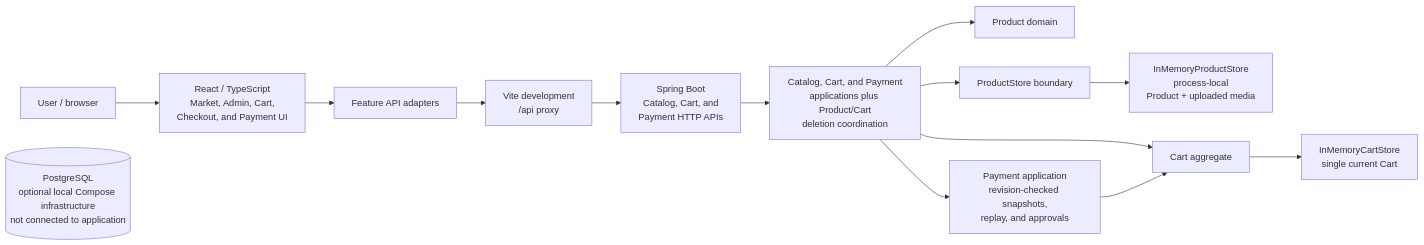
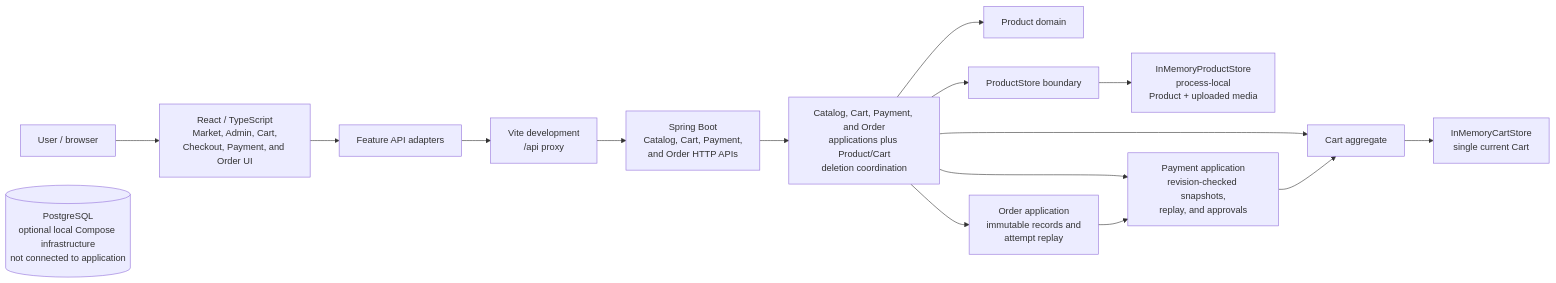
Before and after one commit to Samska/samska-sandbox: the first of 2 diagrams in README.md, drawn with Mermaid. The commit also changed other lines of this file and 36 other files, not shown here.

````diff
--- a/README.md
+++ b/README.md
@@ -57,17 +59,19 @@
 ```mermaid
 flowchart LR
-    User[User / browser] --> UI[React / TypeScript<br/>Market, Admin, Cart,<br/>Checkout, and Payment UI]
+    User[User / browser] --> UI[React / TypeScript<br/>Market, Admin, Cart,<br/>Checkout, Payment, and Order UI]
     UI --> Adapter[Feature API adapters]
     Adapter --> Proxy[Vite development<br/>/api proxy]
-    Proxy --> HTTP[Spring Boot<br/>Catalog, Cart, and<br/>Payment HTTP APIs]
-    HTTP --> App[Catalog, Cart, and Payment<br/>applications plus Product/Cart<br/>deletion coordination]
+    Proxy --> HTTP[Spring Boot<br/>Catalog, Cart, Payment,<br/>and Order HTTP APIs]
+    HTTP --> App[Catalog, Cart, Payment, and Order<br/>applications plus Product/Cart<br/>deletion coordination]
     App --> Domain[Product domain]
     App --> Store[ProductStore boundary]
     Store --> Memory[InMemoryProductStore<br/>process-local<br/>Product + uploaded media]
     App --> Cart[Cart aggregate]
     Cart --> CartMemory[InMemoryCartStore<br/>single current Cart]
     App --> Payment[Payment application<br/>revision-checked snapshots,<br/>replay, and approvals]
     Payment --> Cart
+    App --> Order[Order application<br/>immutable records and<br/>attempt replay]
+    Order --> Payment
 
     Postgres[(PostgreSQL<br/>optional local Compose infrastructure<br/>not connected to application)]
 ```
````
